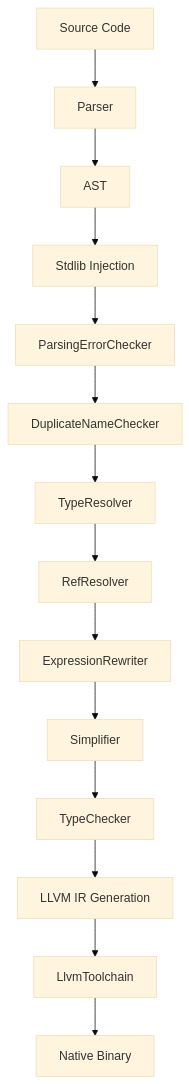
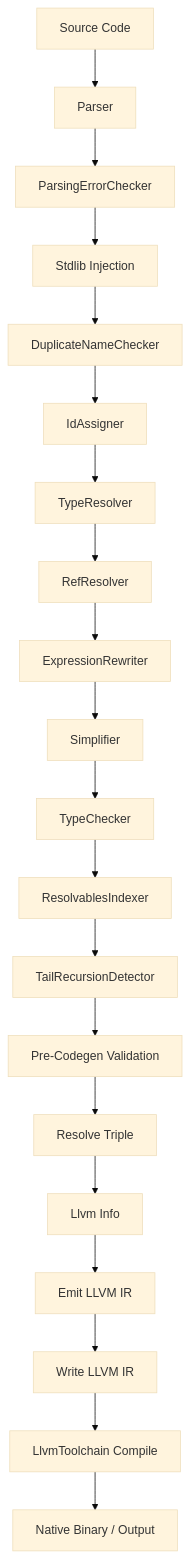
Before and after one commit to fedesilva/minnieml: the diagram in docs/design/compiler-design.md, drawn with Mermaid (base theme). The commit also changed other lines of this file, not shown here.

````diff
--- a/docs/design/compiler-design.md
+++ b/docs/design/compiler-design.md
@@ -588,16 +608,22 @@
 ```mermaid
 flowchart TD
-    Source[Source Code] --> Parser[Parser]
-    Parser --> AST[AST]
-    AST --> Inject[Stdlib Injection]
-    Inject --> PEC[ParsingErrorChecker]
-    PEC --> DNC[DuplicateNameChecker]
-    DNC --> TR[TypeResolver]
+    Source[Source Code] --> Parse[Parser]
+    Parse --> PEC[ParsingErrorChecker]
+    PEC --> Inject[Stdlib Injection]
+    Inject --> DNC[DuplicateNameChecker]
+    DNC --> IDA[IdAssigner]
+    IDA --> TR[TypeResolver]
     TR --> RR[RefResolver]
     RR --> ER[ExpressionRewriter]
     ER --> S[Simplifier]
     S --> TC[TypeChecker]
-    TC --> CG[LLVM IR Generation]
-    CG --> LO[LlvmToolchain]
-    LO --> Binary[Native Binary]
+    TC --> RI[ResolvablesIndexer]
+    RI --> TRD[TailRecursionDetector]
+    TRD --> VAL[Pre-Codegen Validation]
+    VAL --> RT[Resolve Triple]
+    RT --> LI[Llvm Info]
+    LI --> EM[Emit LLVM IR]
+    EM --> WI[Write LLVM IR]
+    WI --> TOOL[LlvmToolchain Compile]
+    TOOL --> Binary[Native Binary / Output]
 ```
````
